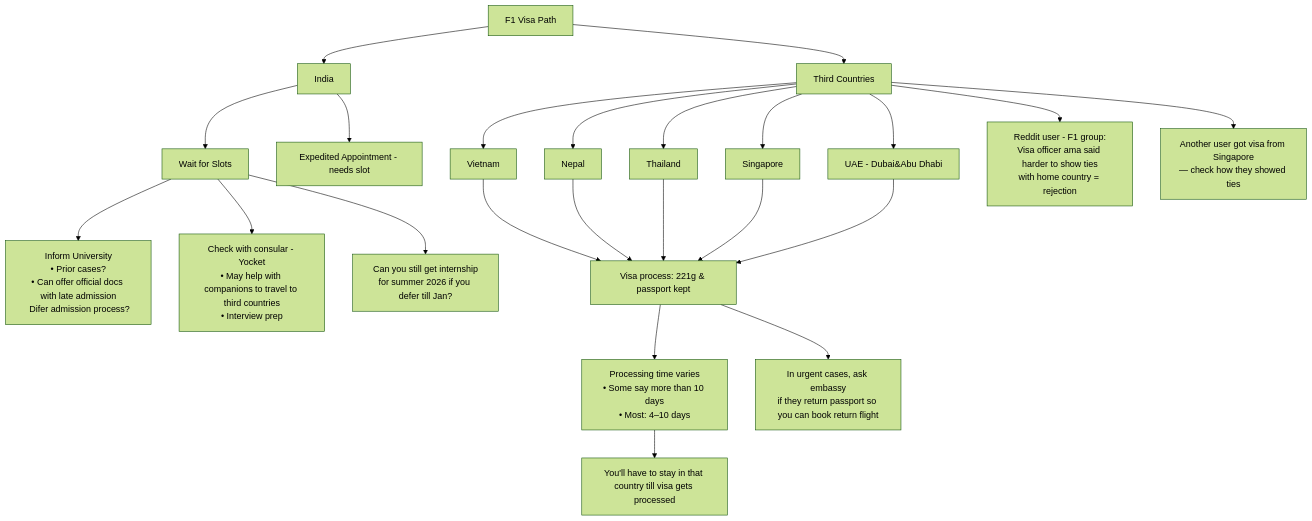
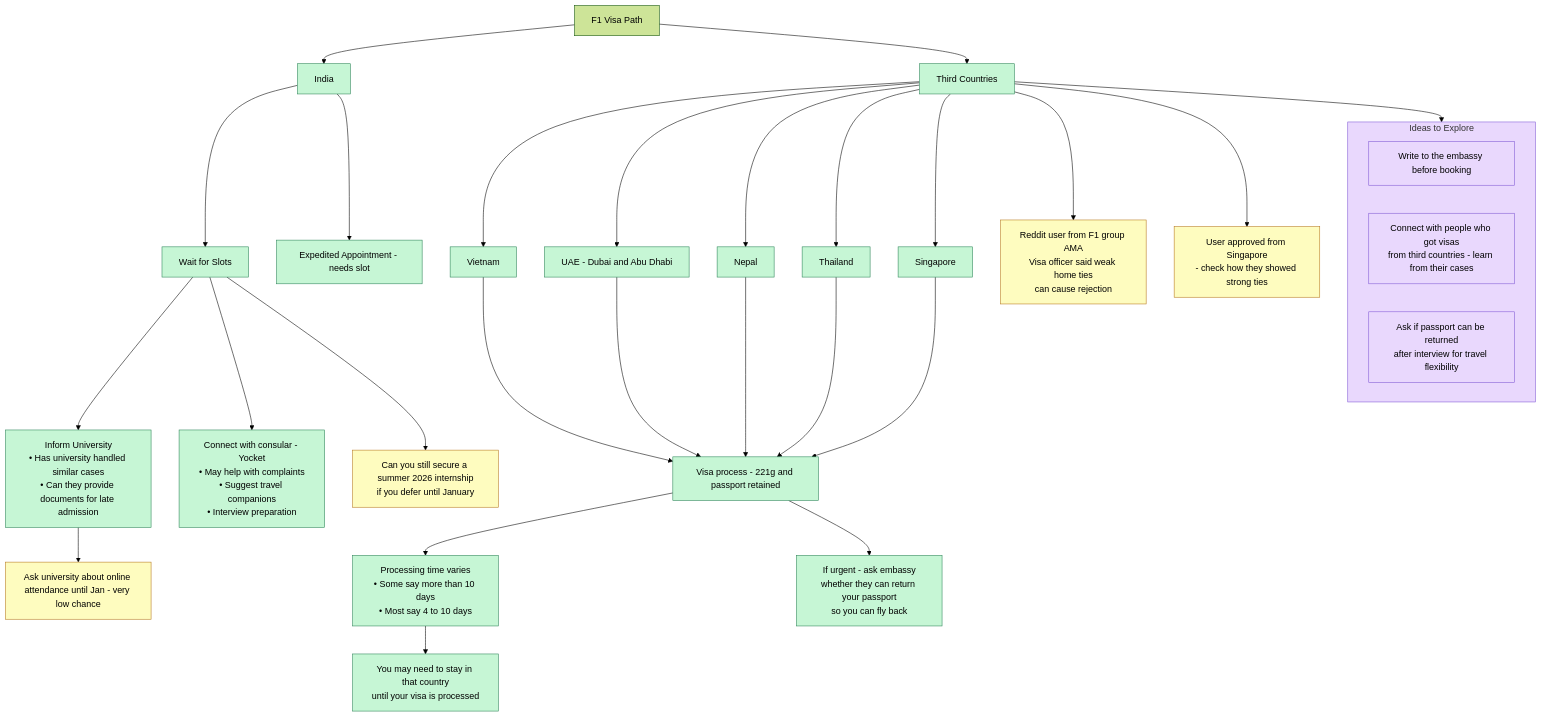
Before and after one commit to Kabir08/Random_Mermaids: the diagram in F1-Visa/Design.md, drawn with Mermaid (forest theme).

````diff
--- a/F1-Visa/Design.md
+++ b/F1-Visa/Design.md
@@ -1,33 +1,56 @@
 ```mermaid
 graph TD
     F1[F1 Visa Path]
 
     F1 --> India[India]
     F1 --> ThirdCountries[Third Countries]
 
     India --> WaitSlots[Wait for Slots]
     India --> Expedited[Expedited Appointment - needs slot]
 
-    WaitSlots --> InformUni[Inform University<br>• Prior cases?<br>• Can offer official docs with late admission<br> Difer admission process?]
-    WaitSlots --> CheckConsular[Check with consular - Yocket<br>• May help with companions to travel to third countries<br>• Interview prep]
-    WaitSlots --> InternshipQ[Can you still get internship<br>for summer 2026 if you defer till Jan?]
+    WaitSlots --> InformUni[Inform University<br>• Has university handled similar cases<br>• Can they provide documents for late admission]
+    InformUni --> Online[Ask university about online attendance until Jan - very low chance]
+
+    WaitSlots --> CheckConsular[Connect with consular - Yocket<br>• May help with complaints<br>• Suggest travel companions<br>• Interview preparation]
+
+    WaitSlots --> InternshipQ[Can you still secure a summer 2026 internship<br>if you defer until January]
 
     ThirdCountries --> Vietnam[Vietnam]
-    ThirdCountries --> UAE[UAE - Dubai&Abu Dhabi]
+    ThirdCountries --> UAE[UAE - Dubai and Abu Dhabi]
     ThirdCountries --> Nepal[Nepal]
     ThirdCountries --> Thailand[Thailand]
     ThirdCountries --> Singapore[Singapore]
 
-    Vietnam --> VisaHold[Visa process: 221g & passport kept]
+    Vietnam --> VisaHold[Visa process - 221g and passport retained]
     Nepal --> VisaHold
     Thailand --> VisaHold
     Singapore --> VisaHold
     UAE --> VisaHold
 
-    VisaHold --> ProcessingTime[Processing time varies<br>• Some say more than 10 days<br>• Most: 4–10 days] --> PassportKept[You'll have to stay in that country till visa gets processed]
-    VisaHold --> AskEmbassy[In urgent cases, ask embassy<br>if they return passport so you can book return flight]
+    VisaHold --> ProcessingTime[Processing time varies<br>• Some say more than 10 days<br>• Most say 4 to 10 days]
+    ProcessingTime --> PassportKept[You may need to stay in that country<br>until your visa is processed]
 
-    ThirdCountries --> RedditCase[Reddit user - F1 group:<br>Visa officer ama said harder to show ties<br>with home country = rejection]
+    VisaHold --> AskEmbassy[If urgent - ask embassy<br>whether they can return your passport<br>so you can fly back]
 
-    ThirdCountries --> SGCase[Another user got visa from Singapore<br>— check how they showed ties]
+    ThirdCountries --> RedditCase[Reddit user from F1 group AMA<br>Visa officer said weak home ties<br>can cause rejection]
+
+    ThirdCountries --> SGCase[User approved from Singapore<br>- check how they showed strong ties]
+
+    %% Purple "Ideas" group
+    subgraph IdeasBox["Ideas to Explore"]
+        Idea1[Write to the embassy before booking]
+        Idea2[Connect with people who got visas<br>from third countries - learn from their cases]
+        Idea3[Ask if passport can be returned<br>after interview for travel flexibility]
+    end
+
+    ThirdCountries --> IdeasBox
+
+    %% Styling
+    classDef green fill:#c6f6d5,stroke:#2f855a,stroke-width:1px;
+    classDef yellow fill:#fefcbf,stroke:#b7791f,stroke-width:1px;
+    classDef ideas fill:#e9d8fd,stroke:#805ad5,stroke-width:1px;
+
+    class India,ThirdCountries,WaitSlots,Expedited,InformUni,CheckConsular,Vietnam,UAE,Nepal,Thailand,Singapore,VisaHold,ProcessingTime,AskEmbassy,PassportKept green;
+    class InternshipQ,RedditCase,SGCase,Online yellow;
+    class IdeasBox,Idea1,Idea2,Idea3 ideas;
 ```
````
